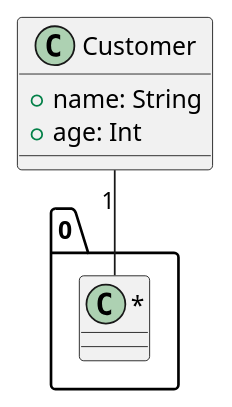
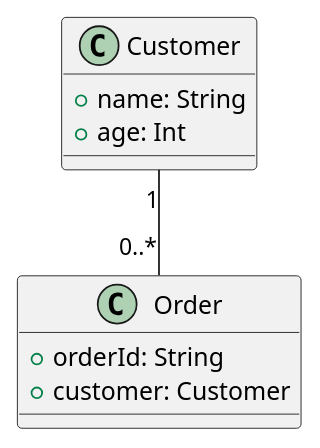
Before and after one commit to Haibrosh/OOAD_PlantUML_CICD: the diagram in docs/test-diagram.puml, drawn with PlantUML.

```diff
--- a/docs/test-diagram.puml
+++ b/docs/test-diagram.puml
@@ -1,10 +1,14 @@
 @startuml
 
 class Customer {
     +name: String
     +age: Int
 }
 
-Customer "1" -- "0..*" 
+class Order {
+    +orderId: String
+    +customer: Customer
+}
+Customer "1" -- "0..*" Order
 
 @enduml
```
